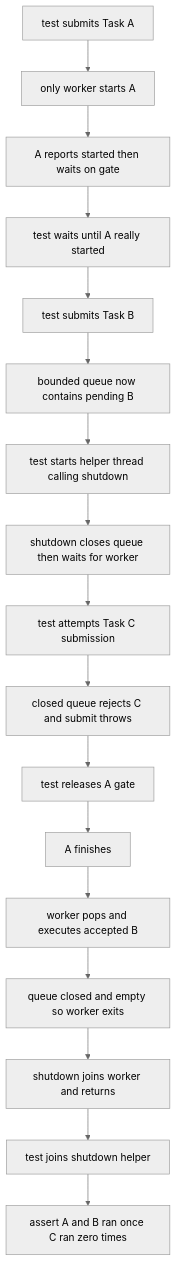
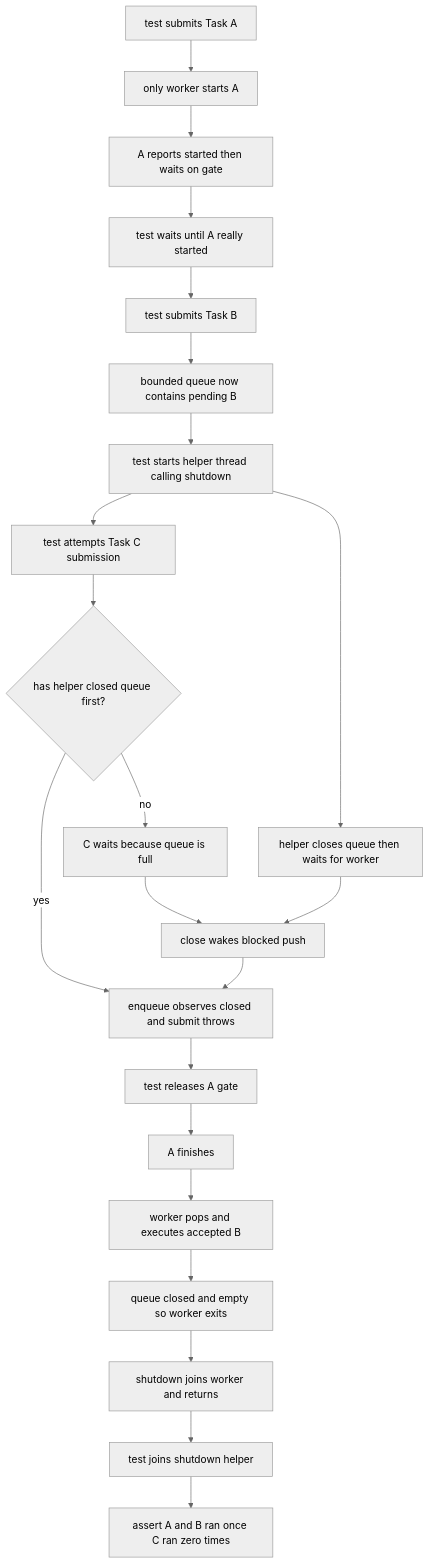
The third of 4 diagrams in week8/day4/day4.md (FxorG00/system-learning-notes), drawn with Mermaid (neutral theme) before and after one commit. The commit also changed other lines of this file and 3 other files, not shown here.

````diff
--- a/week8/day4/day4.md
+++ b/week8/day4/day4.md
@@ -1044,19 +1044,24 @@
 ```mermaid
 flowchart TD
     A[test submits Task A] --> B[only worker starts A]
     B --> C[A reports started then waits on gate]
     C --> D[test waits until A really started]
     D --> E[test submits Task B]
     E --> F[bounded queue now contains pending B]
     F --> G[test starts helper thread calling shutdown]
-    G --> H[shutdown closes queue then waits for worker]
-    H --> I[test attempts Task C submission]
-    I --> J[closed queue rejects C and submit throws]
-    J --> K[test releases A gate]
-    K --> L[A finishes]
-    L --> M[worker pops and executes accepted B]
-    M --> N[queue closed and empty so worker exits]
-    N --> O[shutdown joins worker and returns]
-    O --> P[test joins shutdown helper]
-    P --> Q[assert A and B ran once C ran zero times]
+    G --> H[test attempts Task C submission]
+    H --> I{has helper closed queue first?}
+    I -- yes --> J[enqueue observes closed and submit throws]
+    I -- no --> K[C waits because queue is full]
+    G --> L[helper closes queue then waits for worker]
+    L --> M[close wakes blocked push]
+    K --> M
+    M --> J
+    J --> N[test releases A gate]
+    N --> O[A finishes]
+    O --> P[worker pops and executes accepted B]
+    P --> Q[queue closed and empty so worker exits]
+    Q --> R[shutdown joins worker and returns]
+    R --> S[test joins shutdown helper]
+    S --> T[assert A and B ran once C ran zero times]
 ```
````
